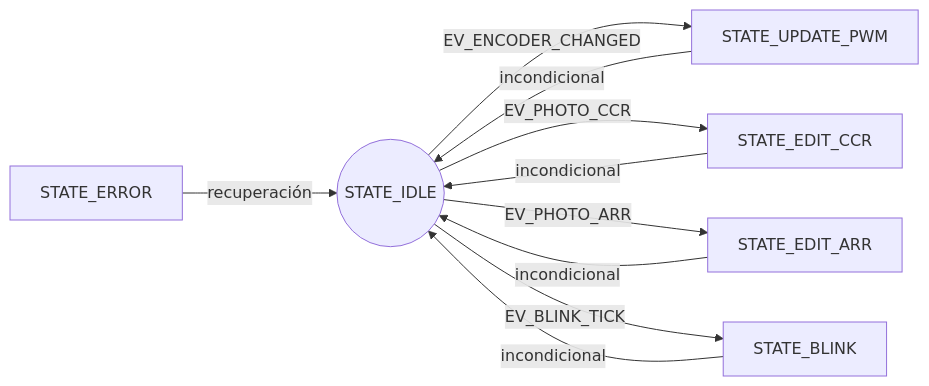
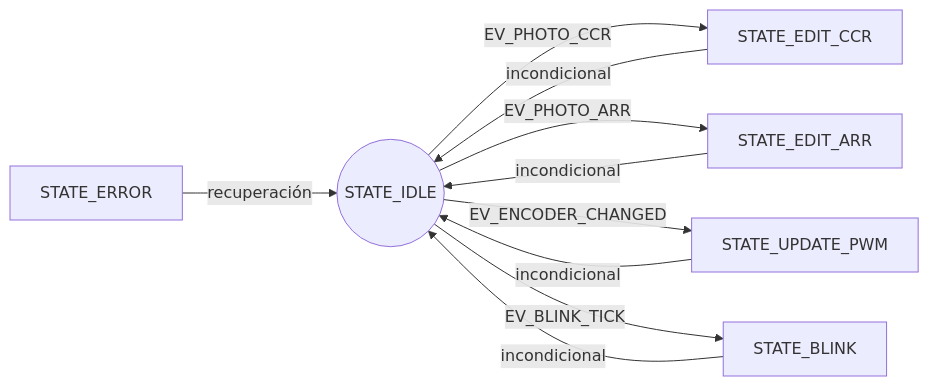
One commit to jcarrenol1203/Monitoria2026_2S changed the diagram in TALLER_ME_PWM_ENCODER/DocTallerME_Estudiantes.md. Above: the diagram before and after it, drawn with Mermaid. The commit also changed other lines of this file and 1 other file, not shown here.

````diff
--- a/TALLER_ME_PWM_ENCODER/DocTallerME_Estudiantes.md
+++ b/TALLER_ME_PWM_ENCODER/DocTallerME_Estudiantes.md
@@ -121,20 +130,20 @@
 ```mermaid
 flowchart LR
     IDLE((STATE_IDLE))
+    ECCR[STATE_EDIT_CCR]
+    EARR[STATE_EDIT_ARR]
     UPD[STATE_UPDATE_PWM]
-    CCR[STATE_EDIT_CCR]
-    ARR[STATE_EDIT_ARR]
     BLK[STATE_BLINK]
     ERR[STATE_ERROR]
 
+    IDLE -- EV_PHOTO_CCR --> ECCR
+    IDLE -- EV_PHOTO_ARR --> EARR
     IDLE -- EV_ENCODER_CHANGED --> UPD
-    IDLE -- EV_PHOTO_CCR --> CCR
-    IDLE -- EV_PHOTO_ARR --> ARR
     IDLE -- EV_BLINK_TICK --> BLK
 
+    ECCR -- incondicional --> IDLE
+    EARR -- incondicional --> IDLE
     UPD -- incondicional --> IDLE
-    CCR -- incondicional --> IDLE
-    ARR -- incondicional --> IDLE
     BLK -- incondicional --> IDLE
     ERR -- recuperación --> IDLE
 ```
````
